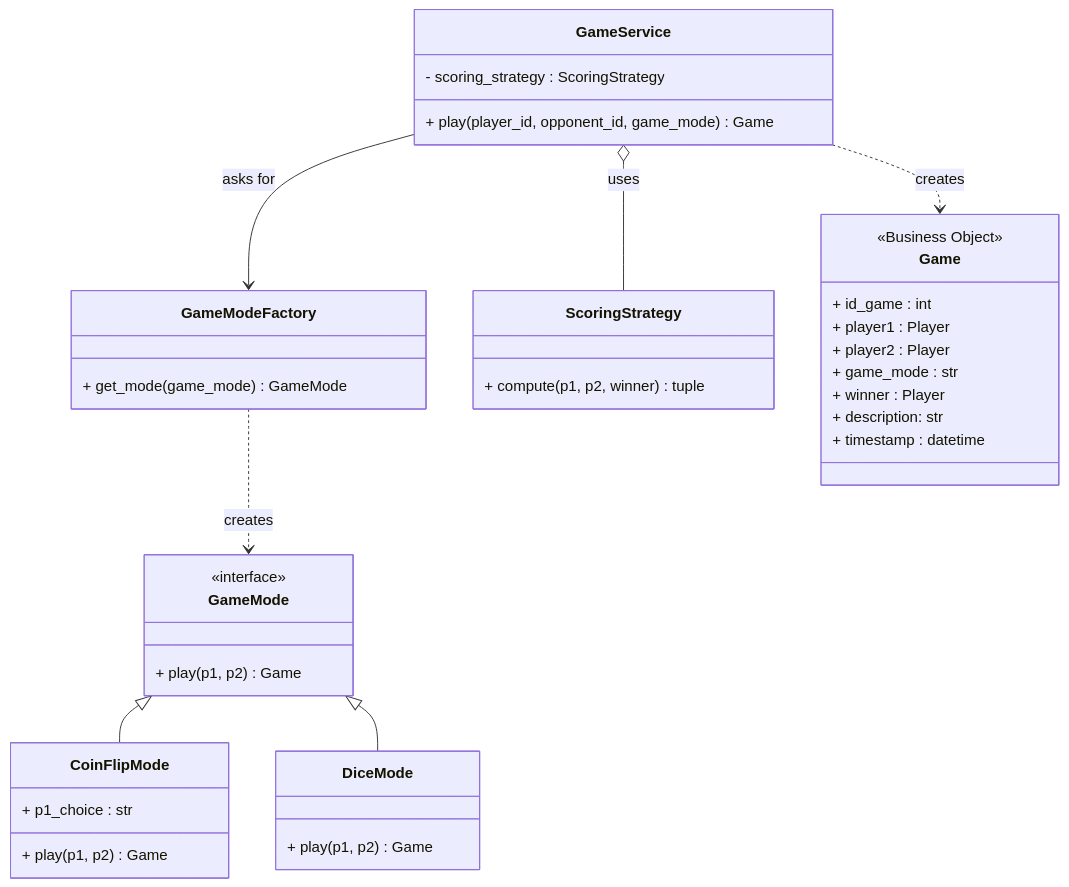
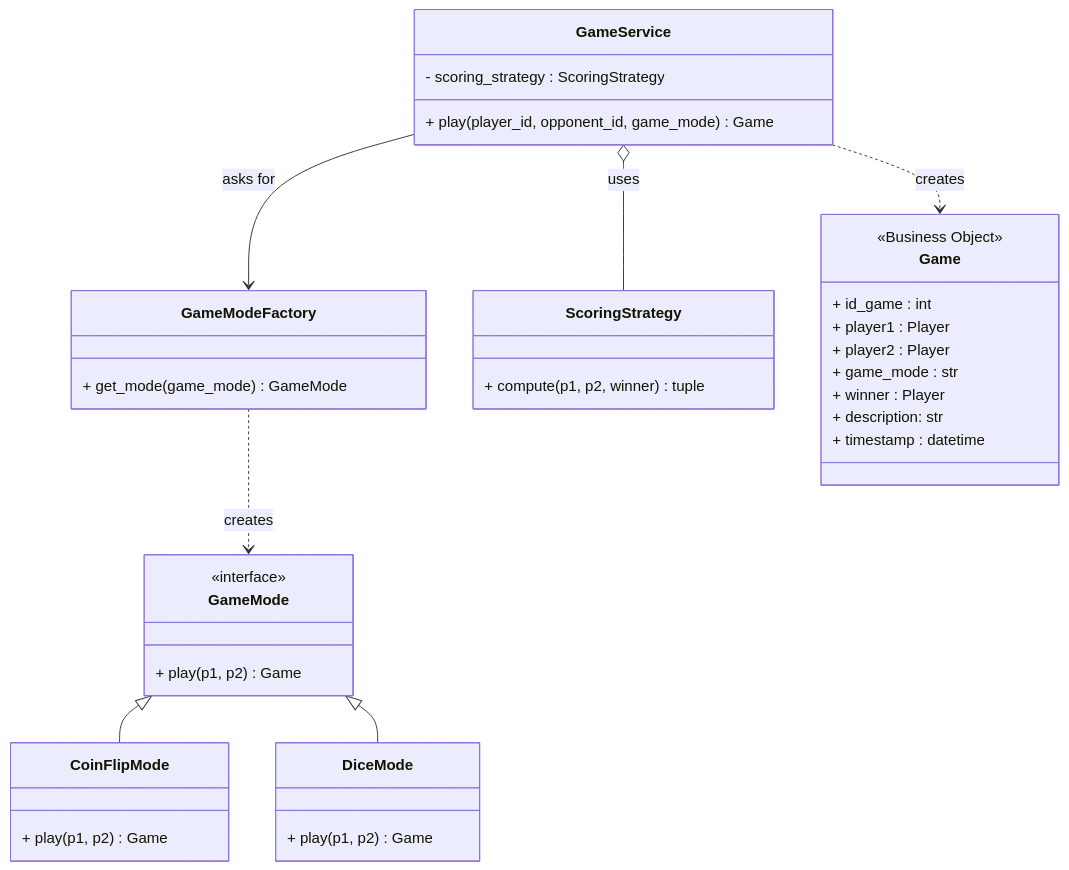
The first of 3 diagrams in quarto-site/doc/tp/tp2.qmd (ludo2ne/ENSAI-2A-Projet-info), drawn with Mermaid before and after one commit. The commit also changed other lines of this file and 4 other files, not shown here.

````diff
--- a/quarto-site/doc/tp/tp2.qmd
+++ b/quarto-site/doc/tp/tp2.qmd
@@ -67,47 +60,46 @@
 ```{mermaid}
 classDiagram
   class GameService {
     - scoring_strategy : ScoringStrategy
     + play(player_id, opponent_id, game_mode) Game
   }
 
   class GameModeFactory {
     + get_mode(game_mode) GameMode
   }
 
   class GameMode {
     <<interface>>
     + play(p1, p2) Game
   }
 
   class ScoringStrategy {
     + compute(p1, p2, winner) tuple
   }
 
   class CoinFlipMode {
-    + p1_choice : str
     + play(p1, p2) Game
   }
 
   class DiceMode {
     + play(p1, p2) Game
   }
 
   class Game {
     <<Business Object>>
     + id_game : int
     + player1 : Player
     + player2 : Player
     + game_mode : str
     + winner : Player
     + description: str
     + timestamp : datetime
   }
 
   GameService o-- ScoringStrategy : uses
   GameService --> GameModeFactory : asks for
   GameModeFactory ..> GameMode : creates
   GameMode <|-- CoinFlipMode
   GameMode <|-- DiceMode
   GameService ..> Game : creates
 ```
````
